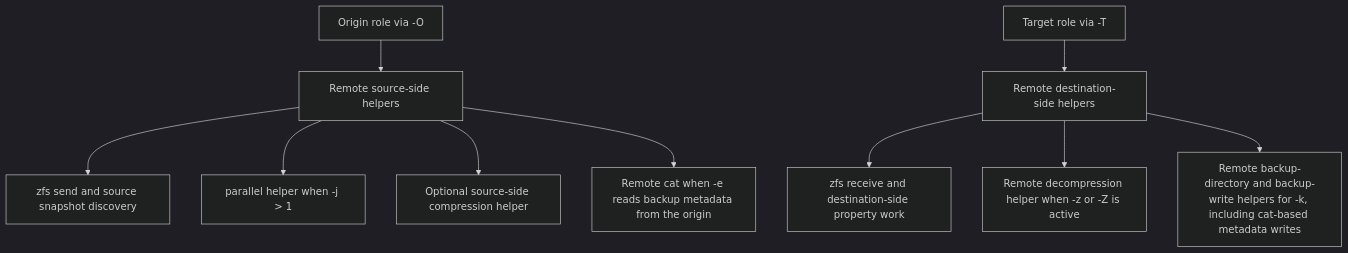
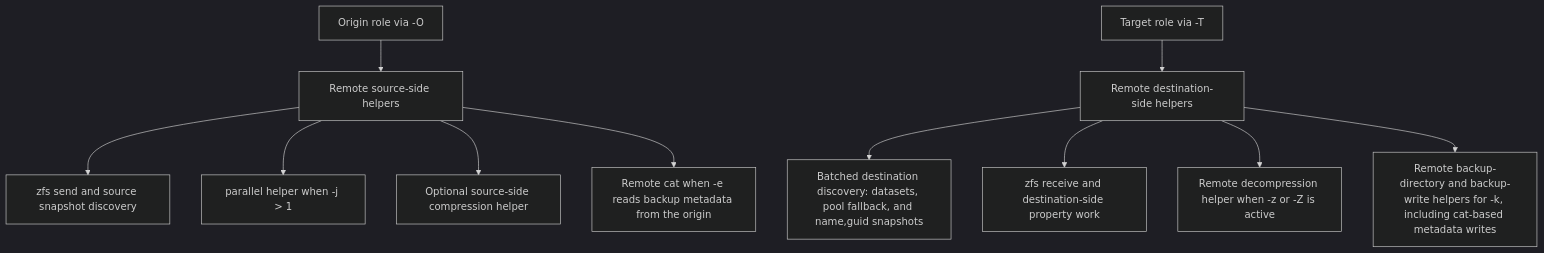
Before and after one commit to totalAldo/zxfer: the second of 2 diagrams in docs/platforms.md, drawn with Mermaid (dark theme). The commit also changed other lines of this file and 107 other files, not shown here.

````diff
--- a/docs/platforms.md
+++ b/docs/platforms.md
@@ -145,13 +163,14 @@
 ```mermaid
 flowchart TD
     A["Origin role via -O"] --> B["Remote source-side helpers"]
     B --> C["zfs send and source snapshot discovery"]
     B --> D["parallel helper when -j > 1"]
     B --> E["Optional source-side compression helper"]
     B --> F["Remote cat when -e reads backup metadata from the origin"]
 
     G["Target role via -T"] --> H["Remote destination-side helpers"]
-    H --> I["zfs receive and destination-side property work"]
-    H --> J["Remote decompression helper when -z or -Z is active"]
-    H --> K["Remote backup-directory and backup-write helpers for -k, including cat-based metadata writes"]
+    H --> I["Batched destination discovery: datasets, pool fallback, and name,guid snapshots"]
+    H --> J["zfs receive and destination-side property work"]
+    H --> K["Remote decompression helper when -z or -Z is active"]
+    H --> L["Remote backup-directory and backup-write helpers for -k, including cat-based metadata writes"]
 ```
````
